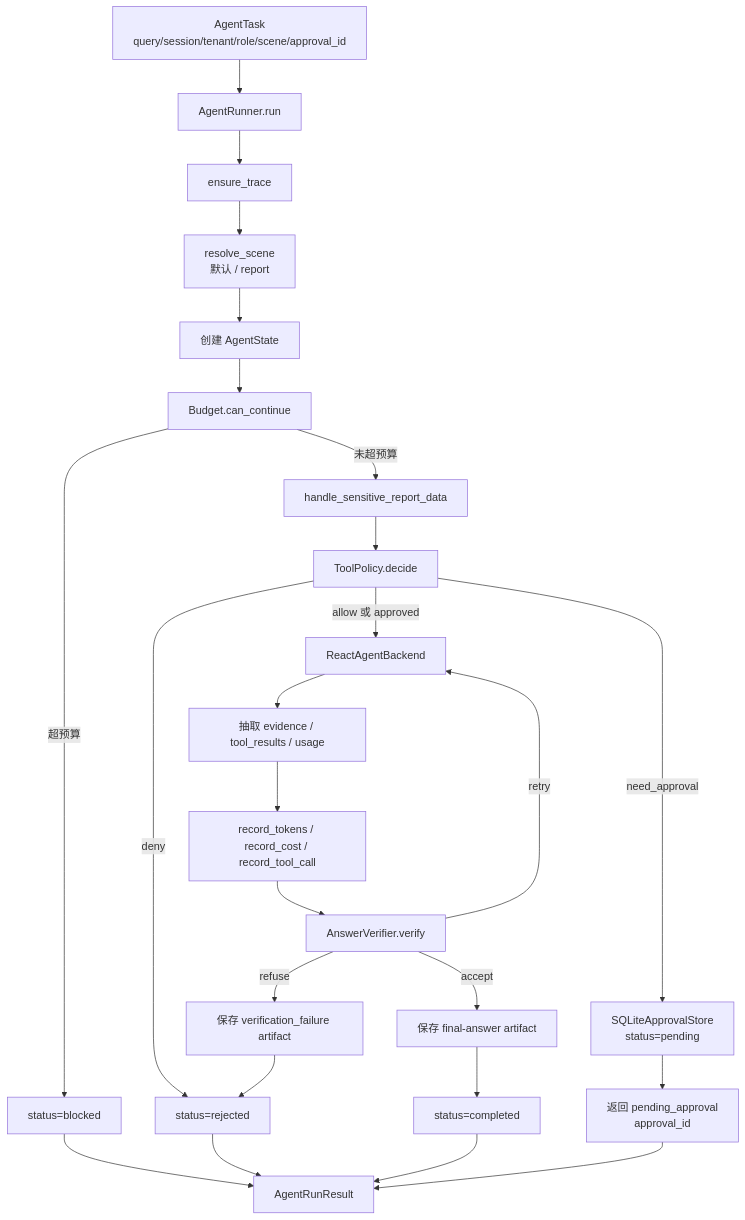
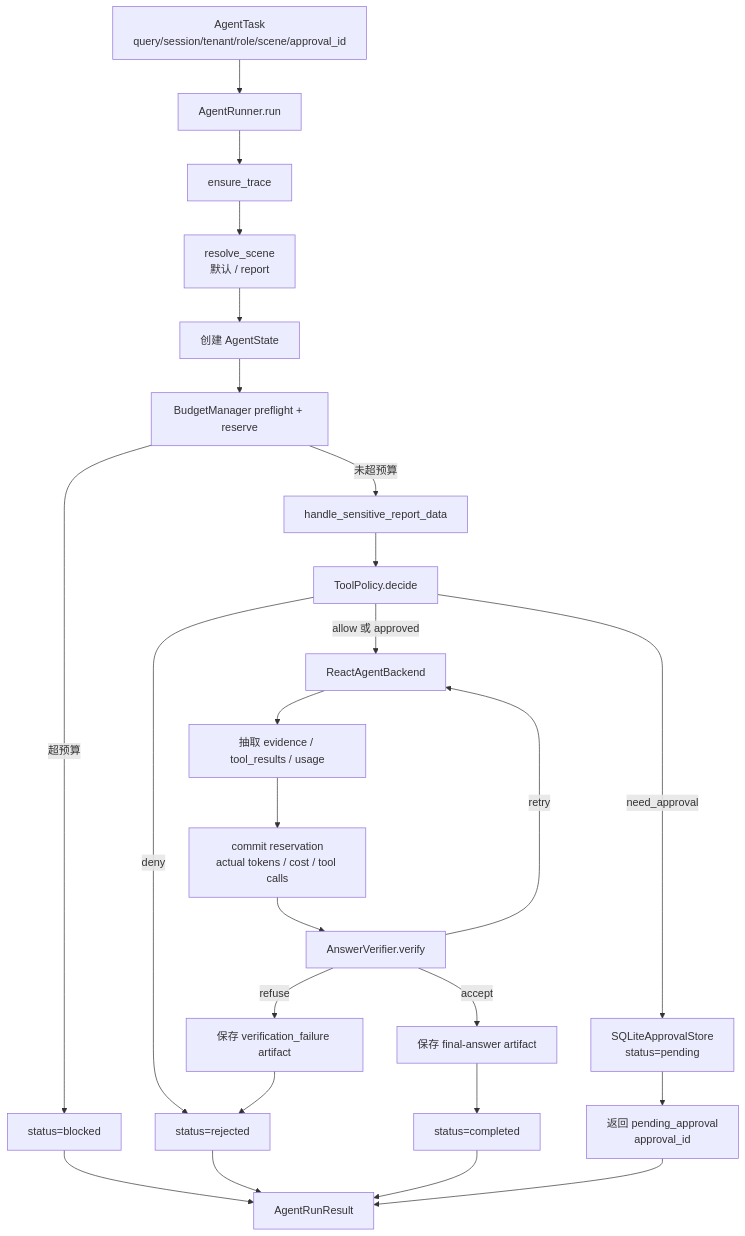
One commit to sleeping-Zack/agentproject changed the third of 20 diagrams in README.md. Above: the diagram before and after it, drawn with Mermaid. The commit also changed other lines of this file and 8 other files, not shown here.

````diff
--- a/README.md
+++ b/README.md
@@ -201,34 +201,34 @@
 ```mermaid
 flowchart TB
     Task["AgentTask\nquery/session/tenant/role/scene/approval_id"] --> Runner["AgentRunner.run"]
 
     Runner --> TraceStart["ensure_trace"]
     TraceStart --> Scene["resolve_scene\n默认 / report"]
     Scene --> State["创建 AgentState"]
-    State --> BudgetCheck["Budget.can_continue"]
+    State --> BudgetCheck["BudgetManager preflight + reserve"]
 
     BudgetCheck -->|超预算| Blocked["status=blocked"]
     BudgetCheck -->|未超预算| Sensitive["handle_sensitive_report_data"]
 
     Sensitive --> Policy["ToolPolicy.decide"]
     Policy -->|deny| Rejected["status=rejected"]
     Policy -->|need_approval| Pending["SQLiteApprovalStore\nstatus=pending"]
     Policy -->|allow 或 approved| Backend["ReactAgentBackend"]
 
     Pending --> ReturnPending["返回 pending_approval\napproval_id"]
 
     Backend --> Usage["抽取 evidence / tool_results / usage"]
-    Usage --> BudgetRecord["record_tokens / record_cost / record_tool_call"]
+    Usage --> BudgetRecord["commit reservation\nactual tokens / cost / tool calls"]
     BudgetRecord --> Verifier["AnswerVerifier.verify"]
 
     Verifier -->|retry| Backend
     Verifier -->|refuse| FailArtifact["保存 verification_failure artifact"]
     Verifier -->|accept| SaveArtifact["保存 final-answer artifact"]
 
     SaveArtifact --> Completed["status=completed"]
     FailArtifact --> Rejected
     Blocked --> Result["AgentRunResult"]
     Rejected --> Result
     Completed --> Result
     ReturnPending --> Result
 ```
````
